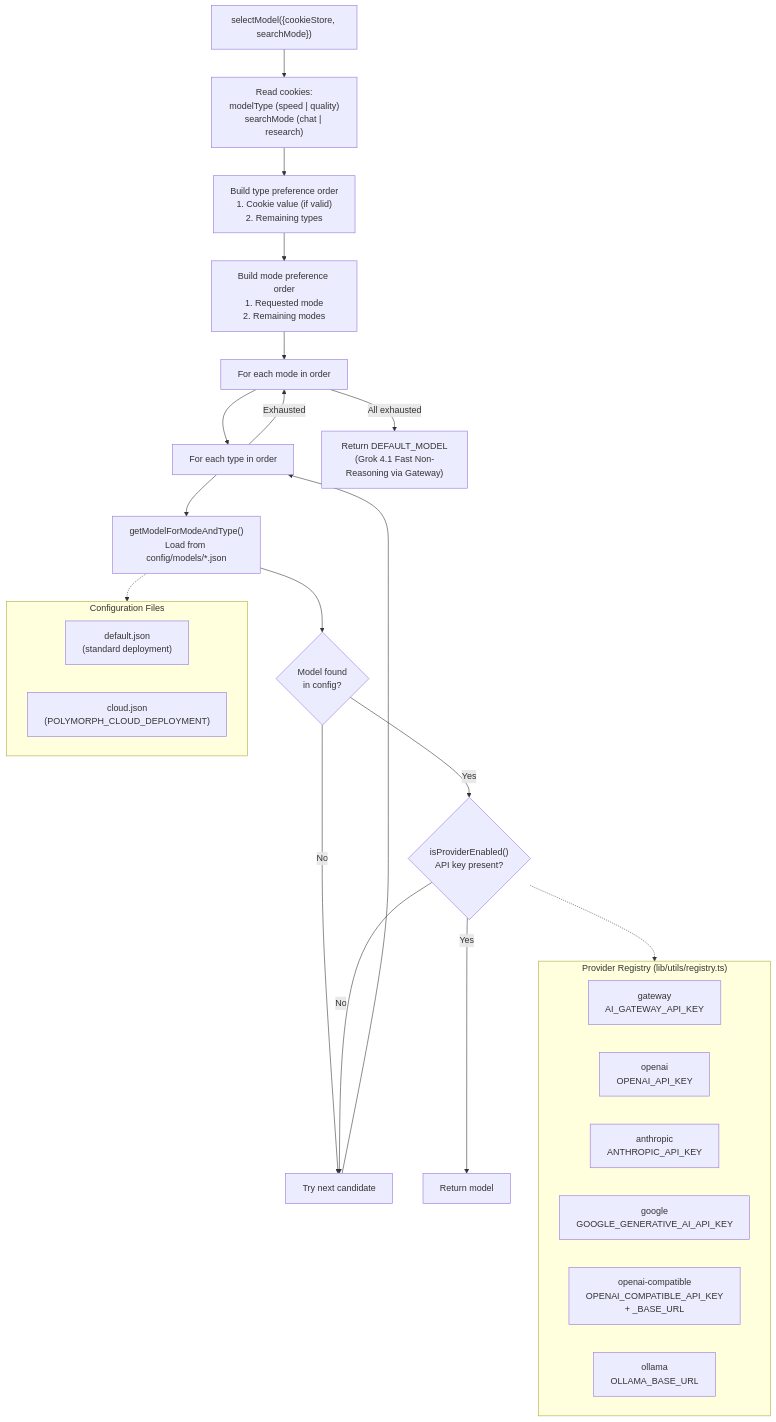
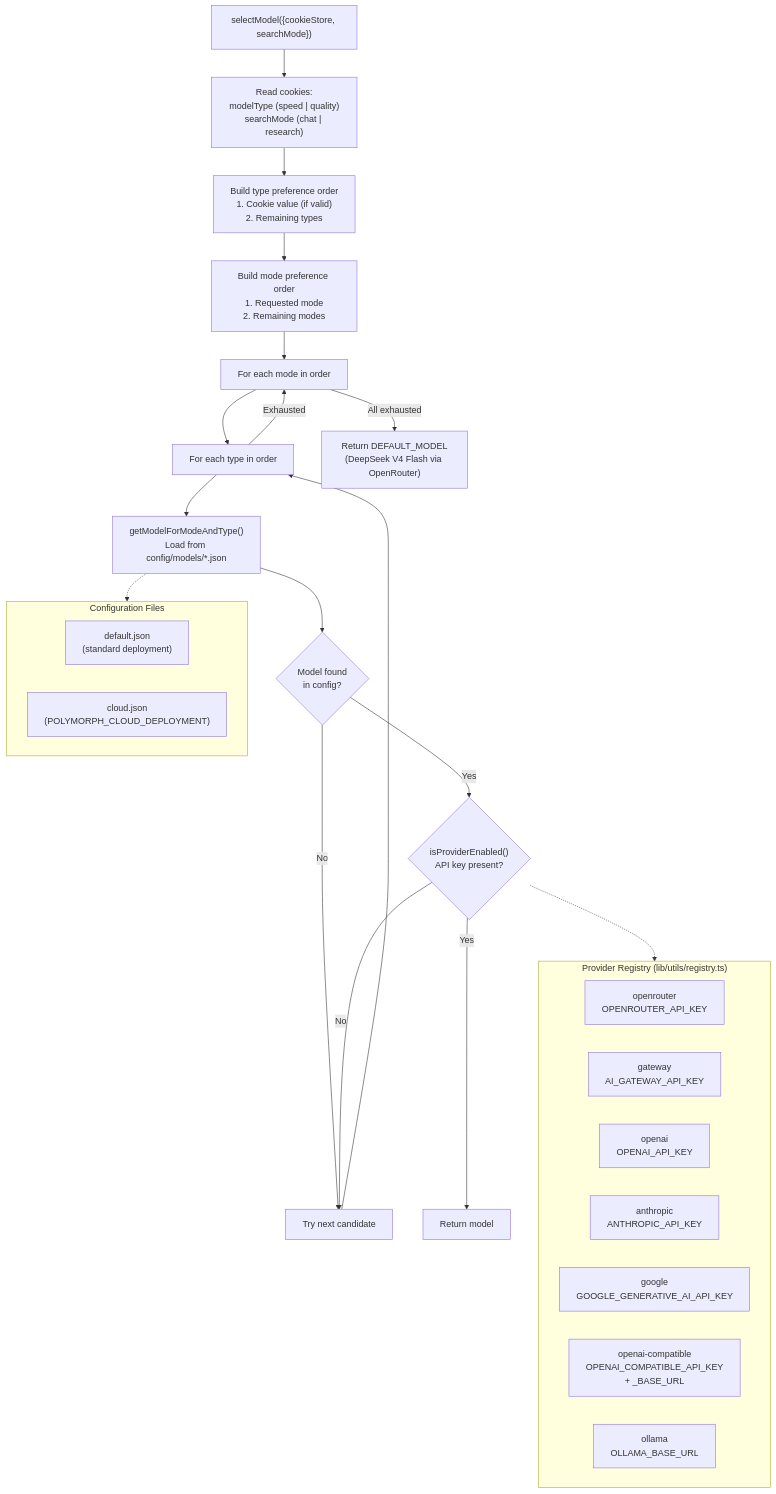
The eighth of 10 diagrams in docs/architecture/OVERVIEW.md (NickB03/polymorph), drawn with Mermaid before and after one commit. The commit also changed other lines of this file and 22 other files, not shown here.

Commit message:
standardize text models on OpenRouter

````diff
--- a/docs/architecture/OVERVIEW.md
+++ b/docs/architecture/OVERVIEW.md
@@ -606,44 +606,45 @@
 ```mermaid
 flowchart TD
     Start["selectModel({cookieStore, searchMode})"]
     ReadCookies["Read cookies:<br/>modelType (speed | quality)<br/>searchMode (chat | research)"]
     BuildTypeOrder["Build type preference order<br/>1. Cookie value (if valid)<br/>2. Remaining types"]
     BuildModeOrder["Build mode preference order<br/>1. Requested mode<br/>2. Remaining modes"]
 
     LoopModes["For each mode in order"]
     LoopTypes["For each type in order"]
     LoadConfig["getModelForModeAndType()<br/>Load from config/models/*.json"]
     ConfigFound{"Model found<br/>in config?"}
     ProviderEnabled{"isProviderEnabled()<br/>API key present?"}
     ReturnModel["Return model"]
     NextCandidate["Try next candidate"]
-    DefaultModel["Return DEFAULT_MODEL<br/>(Grok 4.1 Fast Non-Reasoning via Gateway)"]
+    DefaultModel["Return DEFAULT_MODEL<br/>(DeepSeek V4 Flash via OpenRouter)"]
 
     subgraph ConfigFiles["Configuration Files"]
         DefaultJSON["default.json<br/>(standard deployment)"]
         CloudJSON["cloud.json<br/>(POLYMORPH_CLOUD_DEPLOYMENT)"]
     end
 
     subgraph Providers["Provider Registry (lib/utils/registry.ts)"]
+        OpenRouter["openrouter<br/>OPENROUTER_API_KEY"]
         Gateway["gateway<br/>AI_GATEWAY_API_KEY"]
         OpenAI["openai<br/>OPENAI_API_KEY"]
         Anthropic["anthropic<br/>ANTHROPIC_API_KEY"]
         Google["google<br/>GOOGLE_GENERATIVE_AI_API_KEY"]
         OpenAICompat["openai-compatible<br/>OPENAI_COMPATIBLE_API_KEY<br/>+ _BASE_URL"]
         Ollama["ollama<br/>OLLAMA_BASE_URL"]
     end
 
     Start --> ReadCookies --> BuildTypeOrder --> BuildModeOrder
     BuildModeOrder --> LoopModes --> LoopTypes
     LoopTypes --> LoadConfig --> ConfigFound
     ConfigFound -->|No| NextCandidate
     ConfigFound -->|Yes| ProviderEnabled
     ProviderEnabled -->|No| NextCandidate
     ProviderEnabled -->|Yes| ReturnModel
     NextCandidate --> LoopTypes
     LoopTypes -->|"Exhausted"| LoopModes
     LoopModes -->|"All exhausted"| DefaultModel
 
     LoadConfig -.-> ConfigFiles
     ProviderEnabled -.-> Providers
 ```
````
